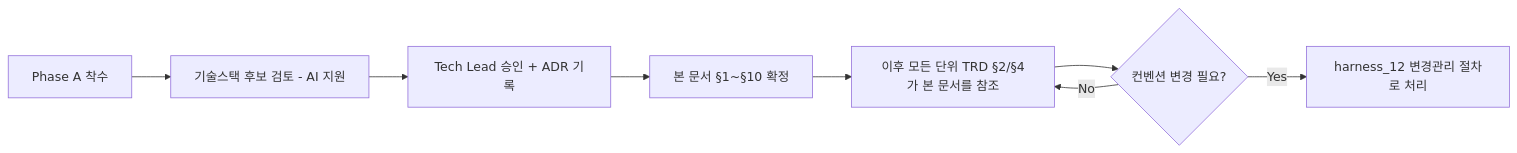
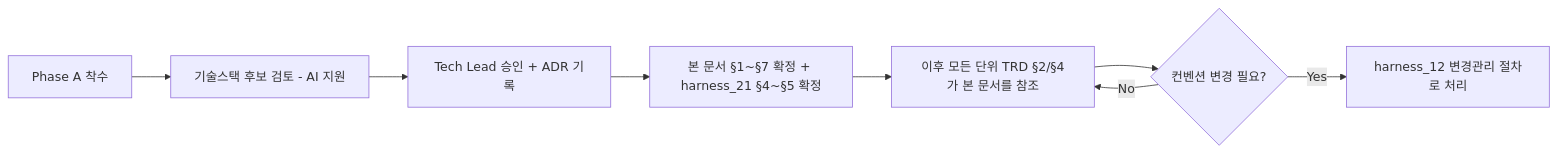
The diagram in harness/harness_13_tech_conventions.md (jcs19752510-ui/HARNESS_BASIC), drawn with Mermaid before and after one commit. The commit also changed other lines of this file and 10 other files, not shown here.

````diff
--- a/harness/harness_13_tech_conventions.md
+++ b/harness/harness_13_tech_conventions.md
@@ -94,10 +63,10 @@
 ```mermaid
 flowchart LR
     A[Phase A 착수] --> B[기술스택 후보 검토 - AI 지원]
     B --> C[Tech Lead 승인 + ADR 기록]
-    C --> D[본 문서 §1~§10 확정]
+    C --> D[본 문서 §1~§7 확정 + harness_21 §4~§5 확정]
     D --> E[이후 모든 단위 TRD §2/§4가 본 문서를 참조]
     E --> F{컨벤션 변경 필요?}
     F -- Yes --> G[harness_12 변경관리 절차로 처리]
     F -- No --> E
 ```
````
